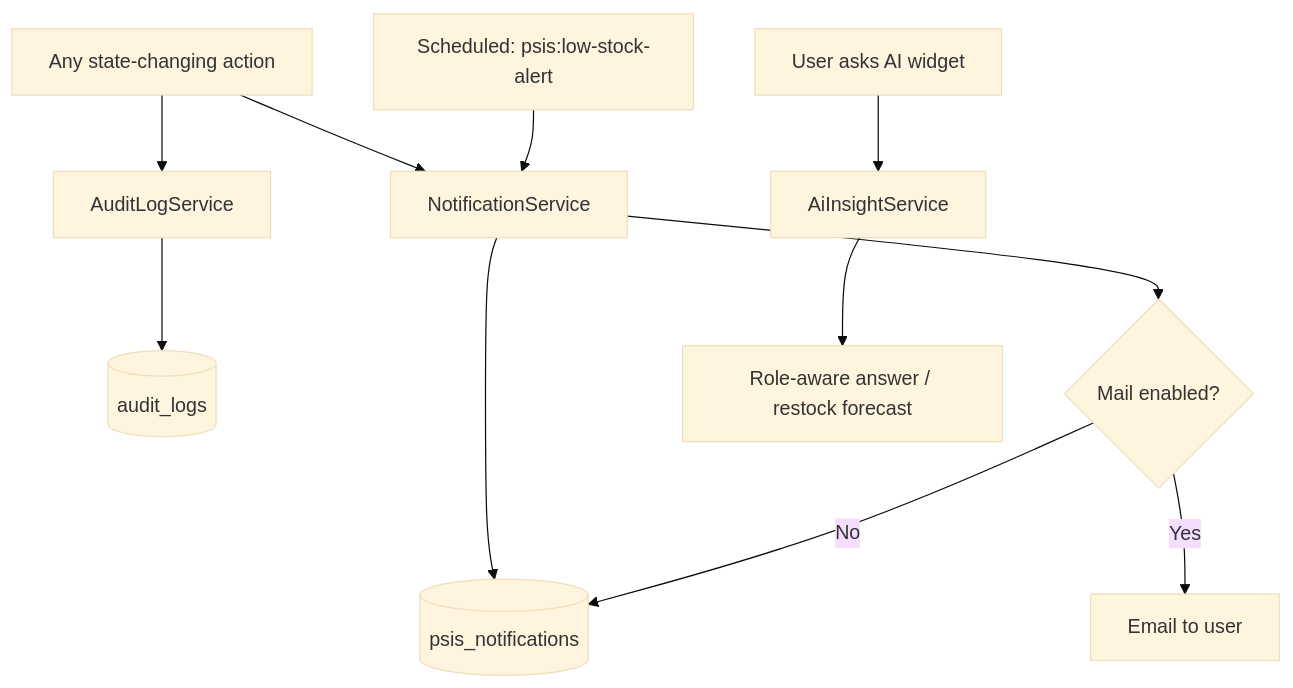
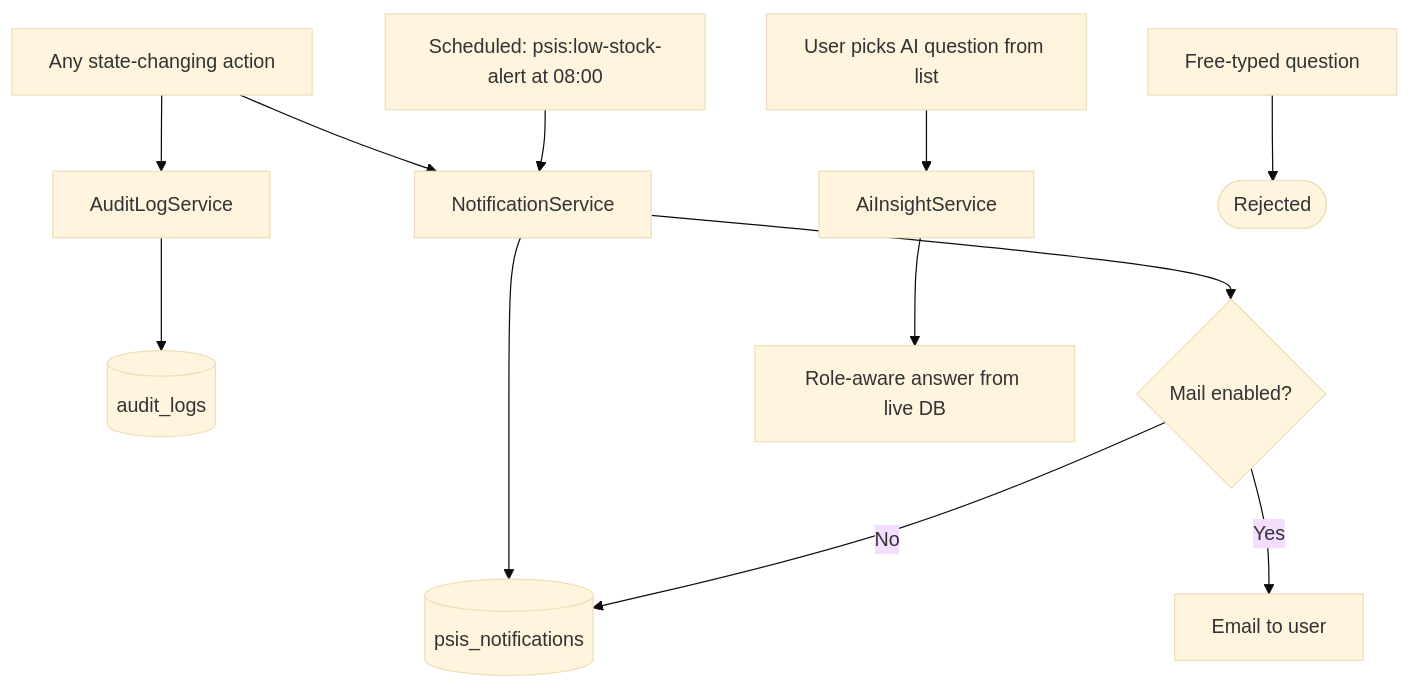
One commit to rhems95/PECIT-Smart-Inventory-System changed the seventh of 9 diagrams in docs/FLOWCHART.md. Above: the diagram before and after it, drawn with Mermaid (base theme). The commit also changed other lines of this file and 2 other files, not shown here.

First line of the commit message:
Update ER diagram and flowcharts for stock card and suppliers.

````diff
--- a/docs/FLOWCHART.md
+++ b/docs/FLOWCHART.md
@@ -179,15 +202,16 @@
 ```mermaid
 flowchart TD
     A[Any state-changing action] --> B[AuditLogService]
     B --> C[(audit_logs)]
 
     A --> D[NotificationService]
     D --> E[(psis_notifications)]
     D --> F{Mail enabled?}
     F -->|Yes| G[Email to user]
     F -->|No| E
 
-    H[Scheduled: psis:low-stock-alert] --> D
-    I[User asks AI widget] --> J[AiInsightService]
-    J --> K[Role-aware answer / restock forecast]
+    H[Scheduled: psis:low-stock-alert at 08:00] --> D
+    I[User picks AI question from list] --> J[AiInsightService]
+    J --> K[Role-aware answer from live DB]
+    I2[Free-typed question] --> I3([Rejected])
 ```
````
